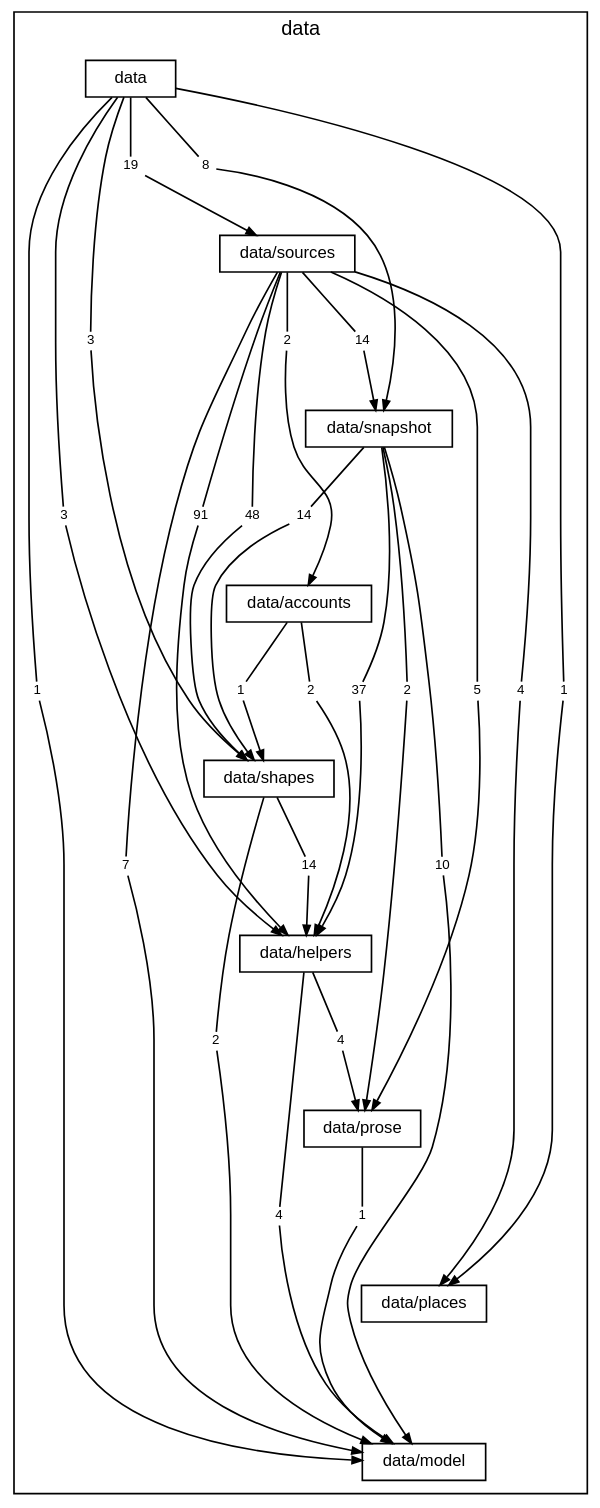
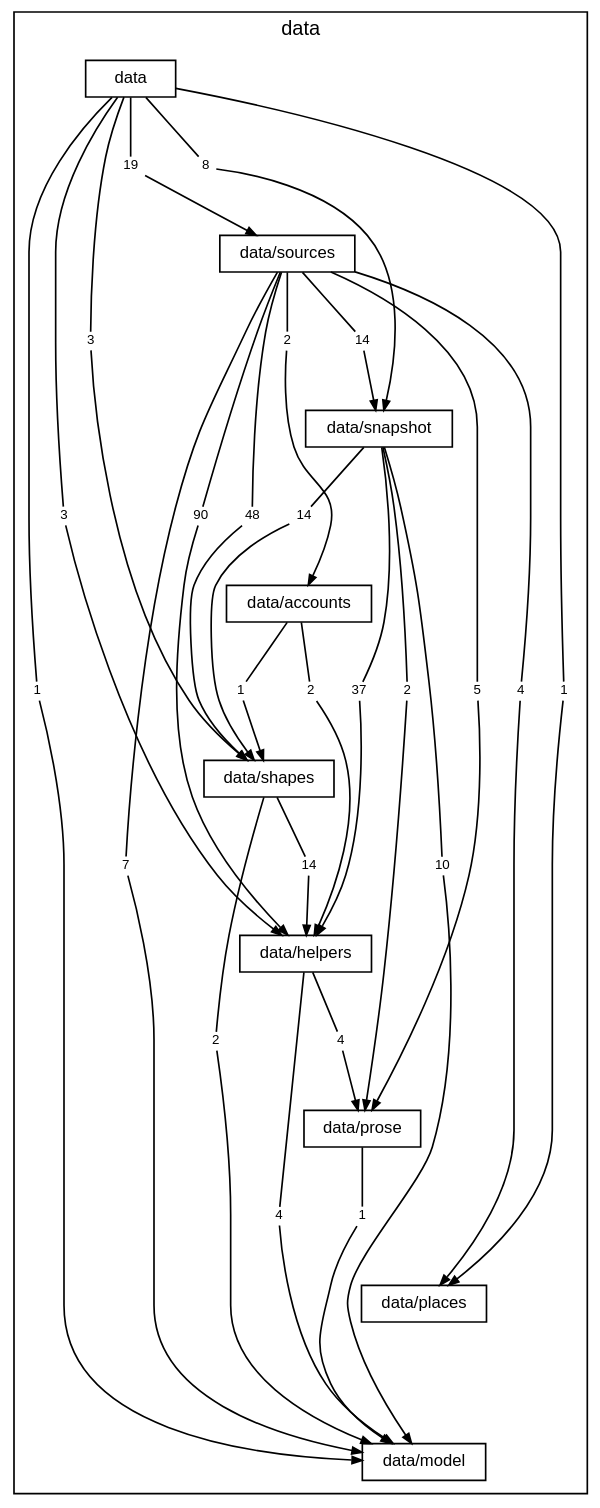
One commit to TheAxeC/oculus changed the diagram in docs/diagrams/layer-data.dot. Above: the diagram before and after it, drawn with Graphviz. The commit also changed 68 other files, not shown here.

```diff
--- a/docs/diagrams/layer-data.dot
+++ b/docs/diagrams/layer-data.dot
@@ -1,97 +1,97 @@
 digraph layer_data {
     graph [bgcolor="transparent", rankdir=TB, newrank=true, mclimit=4, fontname="Helvetica", fontsize=12, nodesep=0.2, ranksep=0.5];
     node [shape=box, color="black", fontcolor="black", fontname="Helvetica", fontsize=10, height=0.3, margin="0.12,0.04"];
     edge [color="black", fontcolor="black", fontname="Helvetica", fontsize=8, arrowsize=0.6];
     subgraph "cluster_data" {
         label="data"; style=solid;
         "folder data" [label="data"];
         "folder data/sources" [label="data/sources"];
         "folder data/snapshot" [label="data/snapshot"];
         "folder data/accounts" [label="data/accounts"];
         "folder data/shapes" [label="data/shapes"];
         "folder data/helpers" [label="data/helpers"];
         "folder data/prose" [label="data/prose"];
         "folder data/places" [label="data/places"];
         "folder data/model" [label="data/model"];
         "folder data to folder data/helpers" [label="3", shape=box, color="transparent", fontsize=8, width=0, height=0, margin="0.04,0.02"];
         "folder data to folder data/model" [label="1", shape=box, color="transparent", fontsize=8, width=0, height=0, margin="0.04,0.02"];
         "folder data to folder data/places" [label="1", shape=box, color="transparent", fontsize=8, width=0, height=0, margin="0.04,0.02"];
         "folder data to folder data/shapes" [label="3", shape=box, color="transparent", fontsize=8, width=0, height=0, margin="0.04,0.02"];
         "folder data to folder data/snapshot" [label="8", shape=box, color="transparent", fontsize=8, width=0, height=0, margin="0.04,0.02"];
         "folder data to folder data/sources" [label="19", shape=box, color="transparent", fontsize=8, width=0, height=0, margin="0.04,0.02"];
         "folder data/sources to folder data/accounts" [label="2", shape=box, color="transparent", fontsize=8, width=0, height=0, margin="0.04,0.02"];
-        "folder data/sources to folder data/helpers" [label="91", shape=box, color="transparent", fontsize=8, width=0, height=0, margin="0.04,0.02"];
+        "folder data/sources to folder data/helpers" [label="90", shape=box, color="transparent", fontsize=8, width=0, height=0, margin="0.04,0.02"];
         "folder data/sources to folder data/model" [label="7", shape=box, color="transparent", fontsize=8, width=0, height=0, margin="0.04,0.02"];
         "folder data/sources to folder data/places" [label="4", shape=box, color="transparent", fontsize=8, width=0, height=0, margin="0.04,0.02"];
         "folder data/sources to folder data/prose" [label="5", shape=box, color="transparent", fontsize=8, width=0, height=0, margin="0.04,0.02"];
         "folder data/sources to folder data/shapes" [label="48", shape=box, color="transparent", fontsize=8, width=0, height=0, margin="0.04,0.02"];
         "folder data/sources to folder data/snapshot" [label="14", shape=box, color="transparent", fontsize=8, width=0, height=0, margin="0.04,0.02"];
         "folder data/snapshot to folder data/helpers" [label="37", shape=box, color="transparent", fontsize=8, width=0, height=0, margin="0.04,0.02"];
         "folder data/snapshot to folder data/model" [label="10", shape=box, color="transparent", fontsize=8, width=0, height=0, margin="0.04,0.02"];
         "folder data/snapshot to folder data/prose" [label="2", shape=box, color="transparent", fontsize=8, width=0, height=0, margin="0.04,0.02"];
         "folder data/snapshot to folder data/shapes" [label="14", shape=box, color="transparent", fontsize=8, width=0, height=0, margin="0.04,0.02"];
         "folder data/accounts to folder data/helpers" [label="2", shape=box, color="transparent", fontsize=8, width=0, height=0, margin="0.04,0.02"];
         "folder data/accounts to folder data/shapes" [label="1", shape=box, color="transparent", fontsize=8, width=0, height=0, margin="0.04,0.02"];
         "folder data/shapes to folder data/helpers" [label="14", shape=box, color="transparent", fontsize=8, width=0, height=0, margin="0.04,0.02"];
         "folder data/shapes to folder data/model" [label="2", shape=box, color="transparent", fontsize=8, width=0, height=0, margin="0.04,0.02"];
         "folder data/helpers to folder data/model" [label="4", shape=box, color="transparent", fontsize=8, width=0, height=0, margin="0.04,0.02"];
         "folder data/helpers to folder data/prose" [label="4", shape=box, color="transparent", fontsize=8, width=0, height=0, margin="0.04,0.02"];
         "folder data/prose to folder data/model" [label="1", shape=box, color="transparent", fontsize=8, width=0, height=0, margin="0.04,0.02"];
     }
     "folder data" -> "folder data/sources" [style=invis, weight=10, minlen=2];
     "folder data/sources" -> "folder data/snapshot" [style=invis, weight=10, minlen=2];
     "folder data/snapshot" -> "folder data/accounts" [style=invis, weight=10, minlen=2];
     "folder data/accounts" -> "folder data/shapes" [style=invis, weight=10, minlen=2];
     "folder data/shapes" -> "folder data/helpers" [style=invis, weight=10, minlen=2];
     "folder data/helpers" -> "folder data/prose" [style=invis, weight=10, minlen=2];
     "folder data/prose" -> "folder data/places" [style=invis, weight=10, minlen=2];
     "folder data/places" -> "folder data/model" [style=invis, weight=10, minlen=2];
     "folder data" -> "folder data to folder data/helpers" [arrowhead=none, minlen=5, weight=10];
     "folder data to folder data/helpers" -> "folder data/helpers" [];
     "folder data" -> "folder data to folder data/model" [arrowhead=none, minlen=7, weight=10];
     "folder data to folder data/model" -> "folder data/model" [];
     "folder data" -> "folder data to folder data/places" [arrowhead=none, minlen=7, weight=10];
     "folder data to folder data/places" -> "folder data/places" [];
     "folder data" -> "folder data to folder data/shapes" [arrowhead=none, minlen=3, weight=10];
     "folder data to folder data/shapes" -> "folder data/shapes" [];
     "folder data" -> "folder data to folder data/snapshot" [arrowhead=none, minlen=1, weight=10];
     "folder data to folder data/snapshot" -> "folder data/snapshot" [];
     "folder data" -> "folder data to folder data/sources" [arrowhead=none, minlen=1, weight=10];
     "folder data to folder data/sources" -> "folder data/sources" [];
     "folder data/sources" -> "folder data/sources to folder data/accounts" [arrowhead=none, minlen=1, weight=10];
     "folder data/sources to folder data/accounts" -> "folder data/accounts" [];
     "folder data/sources" -> "folder data/sources to folder data/helpers" [arrowhead=none, minlen=3, weight=10];
     "folder data/sources to folder data/helpers" -> "folder data/helpers" [];
     "folder data/sources" -> "folder data/sources to folder data/model" [arrowhead=none, minlen=7, weight=10];
     "folder data/sources to folder data/model" -> "folder data/model" [];
     "folder data/sources" -> "folder data/sources to folder data/places" [arrowhead=none, minlen=5, weight=10];
     "folder data/sources to folder data/places" -> "folder data/places" [];
     "folder data/sources" -> "folder data/sources to folder data/prose" [arrowhead=none, minlen=5, weight=10];
     "folder data/sources to folder data/prose" -> "folder data/prose" [];
     "folder data/sources" -> "folder data/sources to folder data/shapes" [arrowhead=none, minlen=3, weight=10];
     "folder data/sources to folder data/shapes" -> "folder data/shapes" [];
     "folder data/sources" -> "folder data/sources to folder data/snapshot" [arrowhead=none, minlen=1, weight=10];
     "folder data/sources to folder data/snapshot" -> "folder data/snapshot" [];
     "folder data/snapshot" -> "folder data/snapshot to folder data/helpers" [arrowhead=none, minlen=3, weight=10];
     "folder data/snapshot to folder data/helpers" -> "folder data/helpers" [];
     "folder data/snapshot" -> "folder data/snapshot to folder data/model" [arrowhead=none, minlen=5, weight=10];
     "folder data/snapshot to folder data/model" -> "folder data/model" [];
     "folder data/snapshot" -> "folder data/snapshot to folder data/prose" [arrowhead=none, minlen=3, weight=10];
     "folder data/snapshot to folder data/prose" -> "folder data/prose" [];
     "folder data/snapshot" -> "folder data/snapshot to folder data/shapes" [arrowhead=none, minlen=1, weight=10];
     "folder data/snapshot to folder data/shapes" -> "folder data/shapes" [];
     "folder data/accounts" -> "folder data/accounts to folder data/helpers" [arrowhead=none, minlen=1, weight=10];
     "folder data/accounts to folder data/helpers" -> "folder data/helpers" [];
     "folder data/accounts" -> "folder data/accounts to folder data/shapes" [arrowhead=none, minlen=1, weight=10];
     "folder data/accounts to folder data/shapes" -> "folder data/shapes" [];
     "folder data/shapes" -> "folder data/shapes to folder data/helpers" [arrowhead=none, minlen=1, weight=10];
     "folder data/shapes to folder data/helpers" -> "folder data/helpers" [];
     "folder data/shapes" -> "folder data/shapes to folder data/model" [arrowhead=none, minlen=3, weight=10];
     "folder data/shapes to folder data/model" -> "folder data/model" [];
     "folder data/helpers" -> "folder data/helpers to folder data/model" [arrowhead=none, minlen=3, weight=10];
     "folder data/helpers to folder data/model" -> "folder data/model" [];
     "folder data/helpers" -> "folder data/helpers to folder data/prose" [arrowhead=none, minlen=1, weight=10];
     "folder data/helpers to folder data/prose" -> "folder data/prose" [];
     "folder data/prose" -> "folder data/prose to folder data/model" [arrowhead=none, minlen=1, weight=10];
     "folder data/prose to folder data/model" -> "folder data/model" [];
 }
```
